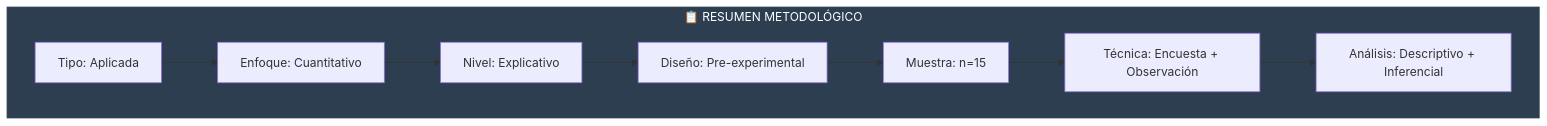
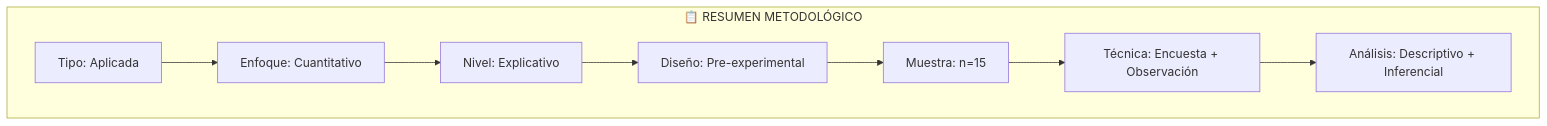
Before and after one commit to decagraff/LCService: the eighth of 8 diagrams in docs/04-metodologia/README.md, drawn with Mermaid. The commit also changed other lines of this file and 7 other files, not shown here.

````diff
--- a/docs/04-metodologia/README.md
+++ b/docs/04-metodologia/README.md
@@ -258,16 +245,15 @@
 ```mermaid
 graph TB
     subgraph resumen["📋 RESUMEN METODOLÓGICO"]
         R1["Tipo: Aplicada"]
         R2["Enfoque: Cuantitativo"]
         R3["Nivel: Explicativo"]
         R4["Diseño: Pre-experimental"]
         R5["Muestra: n=15"]
         R6["Técnica: Encuesta + Observación"]
         R7["Análisis: Descriptivo + Inferencial"]
     end
 
     R1 --> R2 --> R3 --> R4 --> R5 --> R6 --> R7
 
-    style resumen fill:#2c3e50,stroke:#34495e,color:#fff
 ```
````
